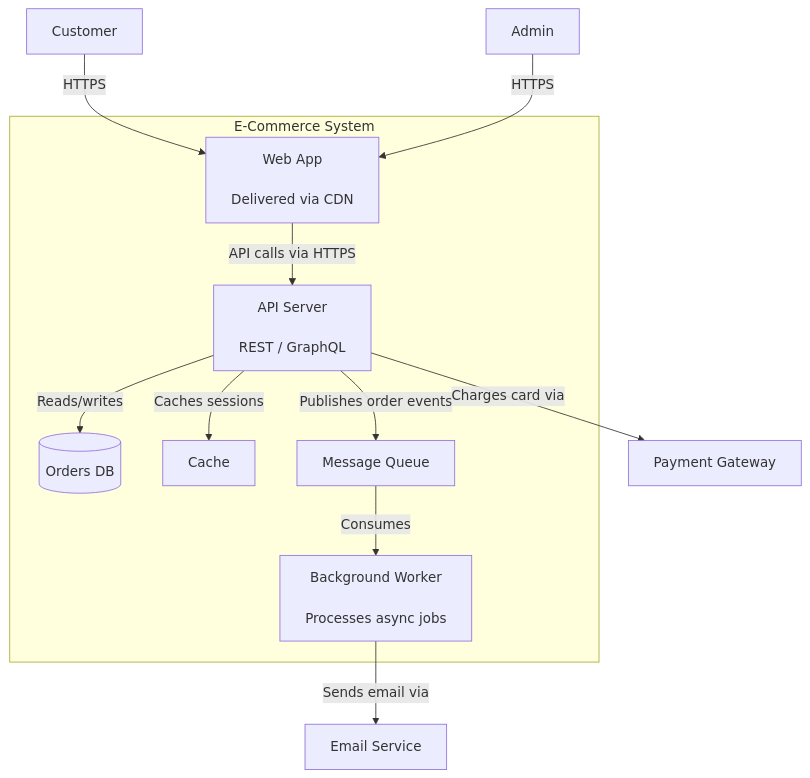
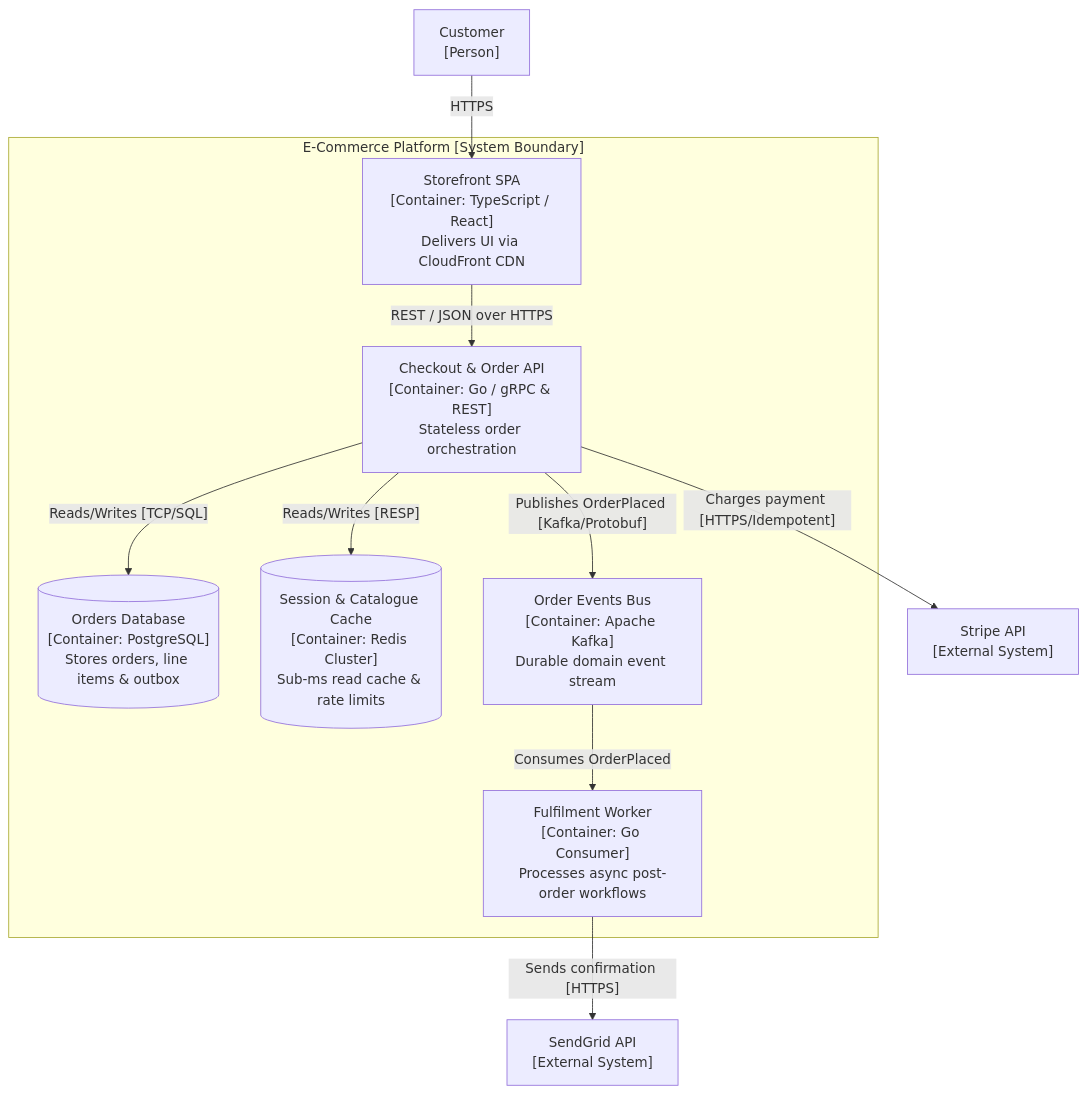
The third of 4 diagrams in docs/02.01-c4-model.md (nitinkc/PrincipalEngineer_InterviewGuide), drawn with Mermaid before and after one commit. The commit also changed other lines of this file and 27 other files, not shown here.

````diff
--- a/docs/02.01-c4-model.md
+++ b/docs/02.01-c4-model.md
@@ -83,27 +82,25 @@
 ```mermaid
 graph TD
-    Customer[Customer\n<Person>]
-    Admin[Admin\n<Person>]
+    Customer["Customer<br/>[Person]"]
 
-    subgraph "E-Commerce System"
-        WebApp["Web App\n<Container: React SPA>\nDelivered via CDN"]
-        API["API Server\n<Container: Node.js>\nREST / GraphQL"]
-        DB[("Orders DB\n<Container: PostgreSQL>")]
-        Cache["Cache\n<Container: Redis>"]
-        Queue["Message Queue\n<Container: RabbitMQ>"]
-        Worker["Background Worker\n<Container: Node.js>\nProcesses async jobs"]
+    subgraph "E-Commerce Platform [System Boundary]"
+        WebApp["Storefront SPA<br/>[Container: TypeScript / React]<br/>Delivers UI via CloudFront CDN"]
+        API["Checkout & Order API<br/>[Container: Go / gRPC & REST]<br/>Stateless order orchestration"]
+        DB[("Orders Database<br/>[Container: PostgreSQL]<br/>Stores orders, line items & outbox")]
+        Cache[("Session & Catalogue Cache<br/>[Container: Redis Cluster]<br/>Sub-ms read cache & rate limits")]
+        Queue["Order Events Bus<br/>[Container: Apache Kafka]<br/>Durable domain event stream"]
+        Worker["Fulfilment Worker<br/>[Container: Go Consumer]<br/>Processes async post-order workflows"]
     end
 
-    Payment["Payment Gateway\n<External System>"]
-    Email["Email Service\n<External System>"]
+    Payment["Stripe API<br/>[External System]"]
+    Email["SendGrid API<br/>[External System]"]
 
     Customer -->|"HTTPS"| WebApp
-    Admin -->|"HTTPS"| WebApp
-    WebApp -->|"API calls via HTTPS"| API
-    API -->|"Reads/writes"| DB
-    API -->|"Caches sessions"| Cache
-    API -->|"Publishes order events"| Queue
-    Queue -->|"Consumes"| Worker
-    API -->|"Charges card via"| Payment
-    Worker -->|"Sends email via"| Email
+    WebApp -->|"REST / JSON over HTTPS"| API
+    API -->|"Reads/Writes [TCP/SQL]"| DB
+    API -->|"Reads/Writes [RESP]"| Cache
+    API -->|"Publishes OrderPlaced [Kafka/Protobuf]"| Queue
+    Queue -->|"Consumes OrderPlaced"| Worker
+    API -->|"Charges payment [HTTPS/Idempotent]"| Payment
+    Worker -->|"Sends confirmation [HTTPS]"| Email
 ```
````
